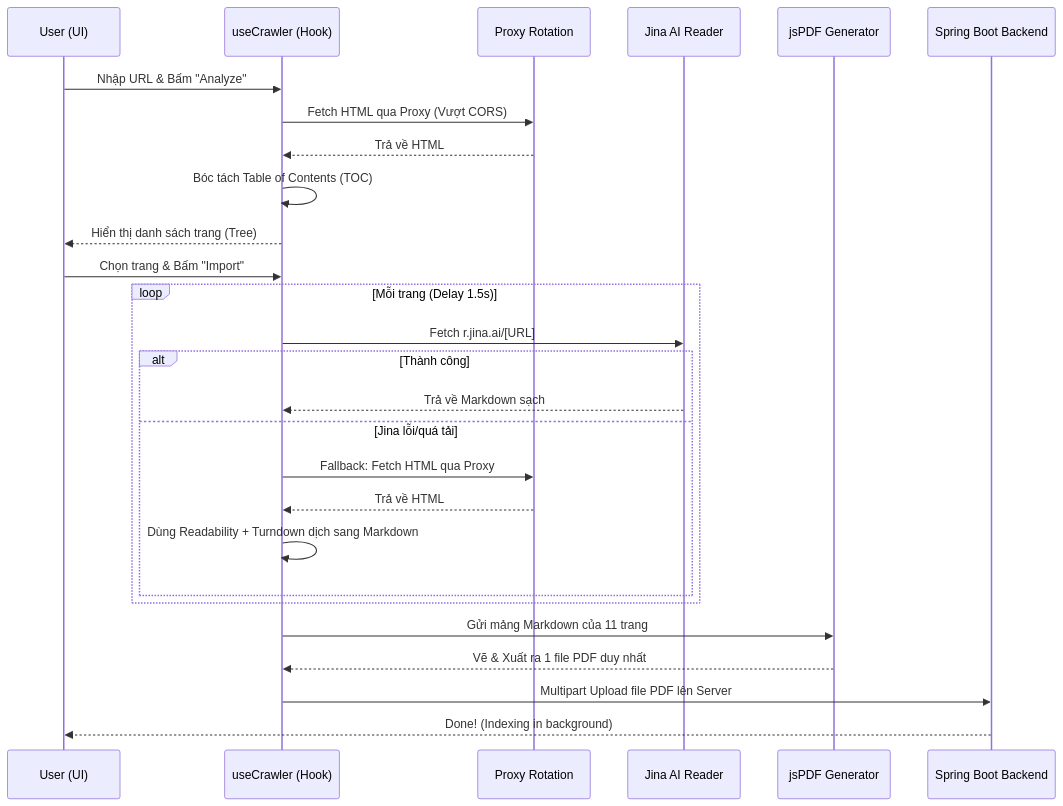
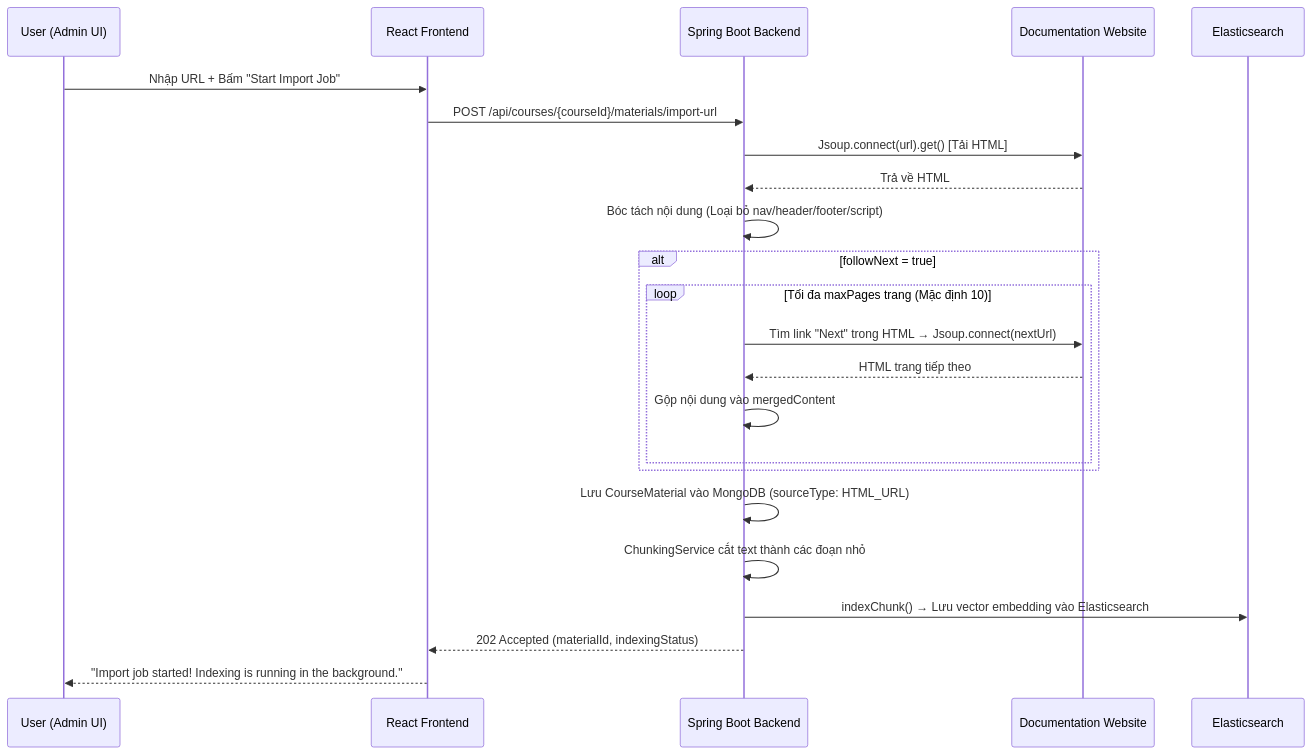
The diagram in docs/CRAWLER_ARCHITECTURE.md (SeNgoNhatMinh/Ai_Turtor), drawn with Mermaid before and after one commit. The commit also changed other lines of this file and 79 other files, not shown here.

````diff
--- a/docs/CRAWLER_ARCHITECTURE.md
+++ b/docs/CRAWLER_ARCHITECTURE.md
@@ -11,32 +12,29 @@
 ```mermaid
 sequenceDiagram
-    participant U as User (UI)
-    participant C as useCrawler (Hook)
-    participant P as Proxy Rotation
-    participant J as Jina AI Reader
-    participant PDF as jsPDF Generator
+    participant U as User (Admin UI)
+    participant FE as React Frontend
     participant BE as Spring Boot Backend
+    participant Web as Documentation Website
+    participant ES as Elasticsearch
 
-    U->>C: Nhập URL & Bấm "Analyze"
-    C->>P: Fetch HTML qua Proxy (Vượt CORS)
-    P-->>C: Trả về HTML
-    C->>C: Bóc tách Table of Contents (TOC)
-    C-->>U: Hiển thị danh sách trang (Tree)
+    U->>FE: Nhập URL + Bấm "Start Import Job"
+    FE->>BE: POST /api/courses/{courseId}/materials/import-url
     
-    U->>C: Chọn trang & Bấm "Import"
-    loop Mỗi trang (Delay 1.5s)
-        C->>J: Fetch r.jina.ai/[URL]
-        alt Thành công
-            J-->>C: Trả về Markdown sạch
-        else Jina lỗi/quá tải
-            C->>P: Fallback: Fetch HTML qua Proxy
-            P-->>C: Trả về HTML
-            C->>C: Dùng Readability + Turndown dịch sang Markdown
+    BE->>Web: Jsoup.connect(url).get() [Tải HTML]
+    Web-->>BE: Trả về HTML
+    BE->>BE: Bóc tách nội dung (Loại bỏ nav/header/footer/script)
+    
+    alt followNext = true
+        loop Tối đa maxPages trang (Mặc định 10)
+            BE->>Web: Tìm link "Next" trong HTML → Jsoup.connect(nextUrl)
+            Web-->>BE: HTML trang tiếp theo
+            BE->>BE: Gộp nội dung vào mergedContent
         end
     end
     
-    C->>PDF: Gửi mảng Markdown của 11 trang
-    PDF-->>C: Vẽ & Xuất ra 1 file PDF duy nhất
-    C->>BE: Multipart Upload file PDF lên Server
-    BE-->>U: Done! (Indexing in background)
+    BE->>BE: Lưu CourseMaterial vào MongoDB (sourceType: HTML_URL)
+    BE->>BE: ChunkingService cắt text thành các đoạn nhỏ
+    BE->>ES: indexChunk() → Lưu vector embedding vào Elasticsearch
+    BE-->>FE: 202 Accepted (materialId, indexingStatus)
+    FE-->>U: "Import job started! Indexing is running in the background."
 ```
````
